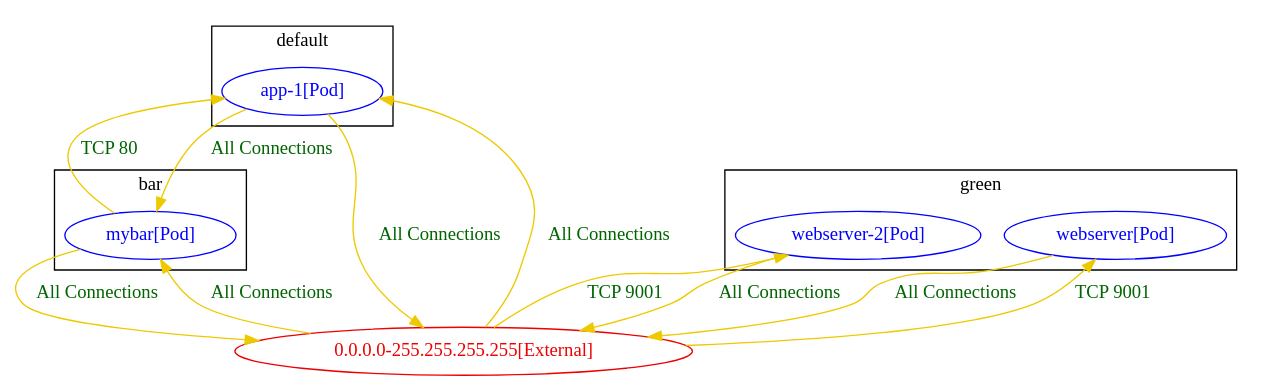
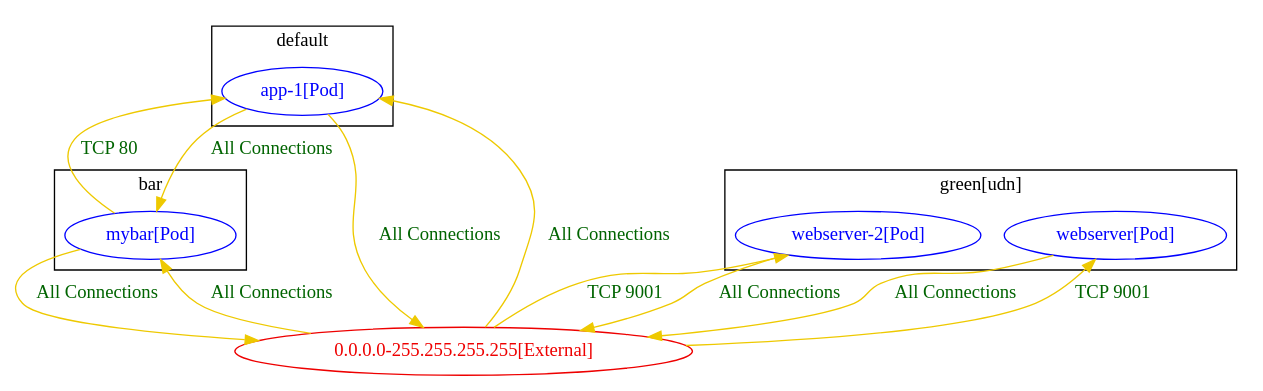
The diagram in test_outputs/connlist/udn_test_3_connlist_output.dot (np-guard/netpol-analyzer), drawn with Graphviz before and after one commit. The commit also changed 28 other files, not shown here.

Commit message:
add [udn] label to udn-namespaces in connlist output

```diff
--- a/test_outputs/connlist/udn_test_3_connlist_output.dot
+++ b/test_outputs/connlist/udn_test_3_connlist_output.dot
@@ -1,32 +1,32 @@
 digraph {
 	subgraph "cluster_bar" {
 		color="black"
 		fontcolor="black"
 		"bar/mybar[Pod]" [label="mybar[Pod]" color="blue" fontcolor="blue"]
 		label="bar"
 	}
 	subgraph "cluster_default" {
 		color="black"
 		fontcolor="black"
 		"default/app-1[Pod]" [label="app-1[Pod]" color="blue" fontcolor="blue"]
 		label="default"
 	}
-	subgraph "cluster_green" {
+	subgraph "cluster_green[udn]" {
 		color="black"
 		fontcolor="black"
-		"green/webserver-2[Pod]" [label="webserver-2[Pod]" color="blue" fontcolor="blue"]
-		"green/webserver[Pod]" [label="webserver[Pod]" color="blue" fontcolor="blue"]
-		label="green"
+		"green[udn]/webserver-2[Pod]" [label="webserver-2[Pod]" color="blue" fontcolor="blue"]
+		"green[udn]/webserver[Pod]" [label="webserver[Pod]" color="blue" fontcolor="blue"]
+		label="green[udn]"
 	}
 	"0.0.0.0-255.255.255.255[External]" [label="0.0.0.0-255.255.255.255[External]" color="red2" fontcolor="red2"]
 	"0.0.0.0-255.255.255.255[External]" -> "bar/mybar[Pod]" [label="All Connections" color="gold2" fontcolor="darkgreen" weight=0.5]
 	"0.0.0.0-255.255.255.255[External]" -> "default/app-1[Pod]" [label="All Connections" color="gold2" fontcolor="darkgreen" weight=0.5]
-	"0.0.0.0-255.255.255.255[External]" -> "green/webserver-2[Pod]" [label="TCP 9001" color="gold2" fontcolor="darkgreen" weight=0.5]
-	"0.0.0.0-255.255.255.255[External]" -> "green/webserver[Pod]" [label="TCP 9001" color="gold2" fontcolor="darkgreen" weight=0.5]
+	"0.0.0.0-255.255.255.255[External]" -> "green[udn]/webserver-2[Pod]" [label="TCP 9001" color="gold2" fontcolor="darkgreen" weight=0.5]
+	"0.0.0.0-255.255.255.255[External]" -> "green[udn]/webserver[Pod]" [label="TCP 9001" color="gold2" fontcolor="darkgreen" weight=0.5]
 	"bar/mybar[Pod]" -> "0.0.0.0-255.255.255.255[External]" [label="All Connections" color="gold2" fontcolor="darkgreen" weight=1]
 	"bar/mybar[Pod]" -> "default/app-1[Pod]" [label="TCP 80" color="gold2" fontcolor="darkgreen" weight=0.5]
 	"default/app-1[Pod]" -> "0.0.0.0-255.255.255.255[External]" [label="All Connections" color="gold2" fontcolor="darkgreen" weight=1]
 	"default/app-1[Pod]" -> "bar/mybar[Pod]" [label="All Connections" color="gold2" fontcolor="darkgreen" weight=1]
-	"green/webserver-2[Pod]" -> "0.0.0.0-255.255.255.255[External]" [label="All Connections" color="gold2" fontcolor="darkgreen" weight=1]
-	"green/webserver[Pod]" -> "0.0.0.0-255.255.255.255[External]" [label="All Connections" color="gold2" fontcolor="darkgreen" weight=1]
+	"green[udn]/webserver-2[Pod]" -> "0.0.0.0-255.255.255.255[External]" [label="All Connections" color="gold2" fontcolor="darkgreen" weight=1]
+	"green[udn]/webserver[Pod]" -> "0.0.0.0-255.255.255.255[External]" [label="All Connections" color="gold2" fontcolor="darkgreen" weight=1]
 }
```
